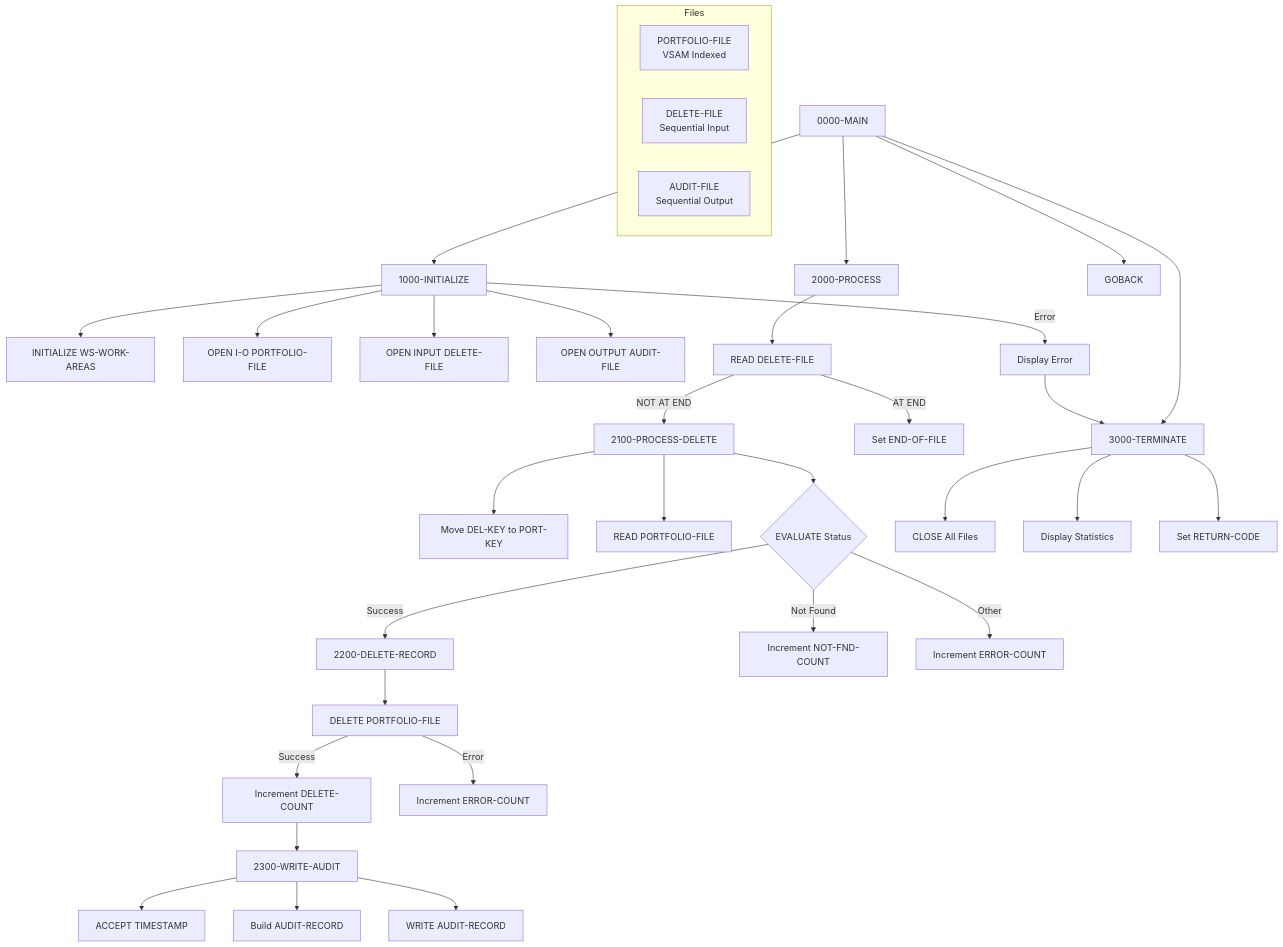
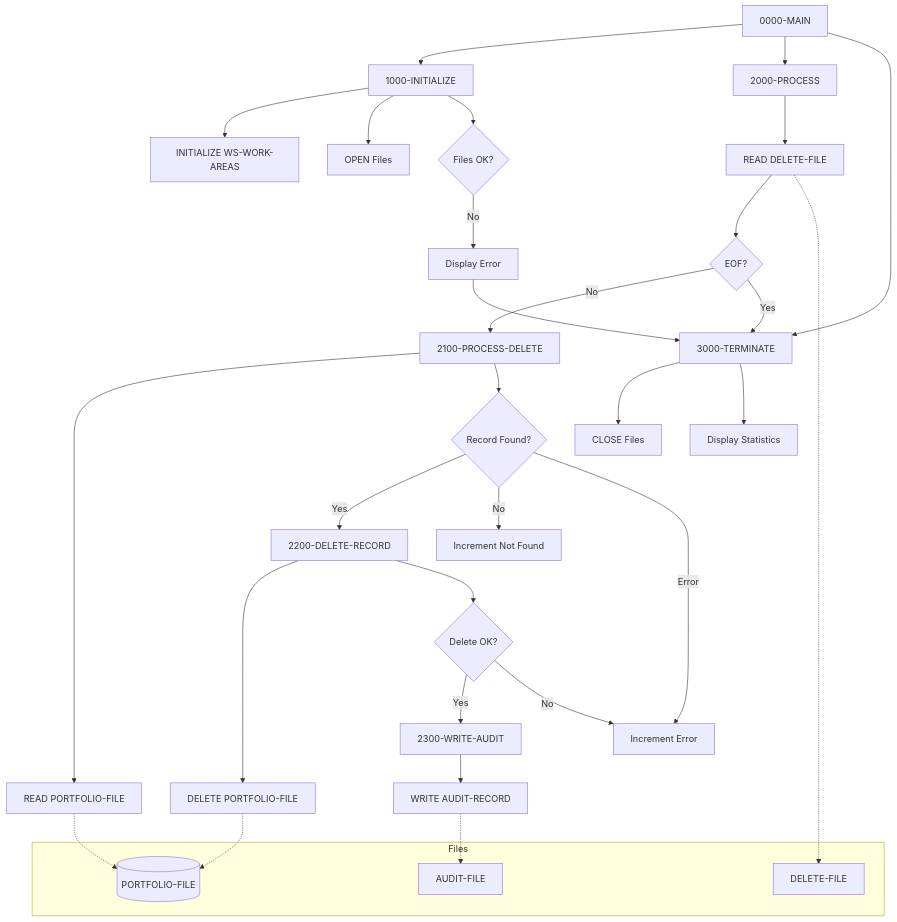
One commit to haladir-com/legacy-benchmark-docs-vb70e1 changed the diagram in docs/programs/PORTDEL.mdx. Above: the diagram before and after it, drawn with Mermaid. The commit also changed other lines of this file and 64 other files, not shown here.

````diff
--- a/docs/programs/PORTDEL.mdx
+++ b/docs/programs/PORTDEL.mdx
@@ -21,44 +16,44 @@
 ```mermaid
 graph TD
     A[0000-MAIN] --> B[1000-INITIALIZE]
     A --> C[2000-PROCESS]
     A --> D[3000-TERMINATE]
-    A --> E[GOBACK]
     
-    B --> B1[INITIALIZE WS-WORK-AREAS]
-    B --> B2[OPEN I-O PORTFOLIO-FILE]
-    B --> B3[OPEN INPUT DELETE-FILE]
-    B --> B4[OPEN OUTPUT AUDIT-FILE]
-    B -->|Error| B5[Display Error]
-    B5 --> D
+    B --> E[INITIALIZE WS-WORK-AREAS]
+    B --> F[OPEN Files]
+    B --> G{Files OK?}
+    G -->|No| H[Display Error]
+    H --> D
     
-    C --> C1[READ DELETE-FILE]
-    C1 -->|AT END| C2[Set END-OF-FILE]
-    C1 -->|NOT AT END| C3[2100-PROCESS-DELETE]
+    C --> I[READ DELETE-FILE]
+    I --> J{EOF?}
+    J -->|No| K[2100-PROCESS-DELETE]
+    J -->|Yes| D
     
-    C3 --> C4[Move DEL-KEY to PORT-KEY]
-    C3 --> C5[READ PORTFOLIO-FILE]
-    C3 --> C6{EVALUATE Status}
-    C6 -->|Success| C7[2200-DELETE-RECORD]
-    C6 -->|Not Found| C8[Increment NOT-FND-COUNT]
-    C6 -->|Other| C9[Increment ERROR-COUNT]
+    K --> L[READ PORTFOLIO-FILE]
+    K --> M{Record Found?}
+    M -->|Yes| N[2200-DELETE-RECORD]
+    M -->|No| O[Increment Not Found]
+    M -->|Error| P[Increment Error]
     
-    C7 --> C7A[DELETE PORTFOLIO-FILE]
-    C7A -->|Success| C7B[Increment DELETE-COUNT]
-    C7B --> C7C[2300-WRITE-AUDIT]
-    C7A -->|Error| C7D[Increment ERROR-COUNT]
+    N --> Q[DELETE PORTFOLIO-FILE]
+    N --> R{Delete OK?}
+    R -->|Yes| S[2300-WRITE-AUDIT]
+    R -->|No| P
     
-    C7C --> C7E[ACCEPT TIMESTAMP]
-    C7C --> C7F[Build AUDIT-RECORD]
-    C7C --> C7G[WRITE AUDIT-RECORD]
+    S --> T[WRITE AUDIT-RECORD]
     
-    D --> D1[CLOSE All Files]
-    D --> D2[Display Statistics]
-    D --> D3[Set RETURN-CODE]
+    D --> U[CLOSE Files]
+    D --> V[Display Statistics]
     
     subgraph "Files"
-        F1[PORTFOLIO-FILE<br/>VSAM Indexed]
-        F2[DELETE-FILE<br/>Sequential Input]
-        F3[AUDIT-FILE<br/>Sequential Output]
+        W[(PORTFOLIO-FILE)]
+        X[DELETE-FILE]
+        Y[AUDIT-FILE]
     end
+    
+    L -.-> W
+    Q -.-> W
+    I -.-> X
+    T -.-> Y
 ```
````
